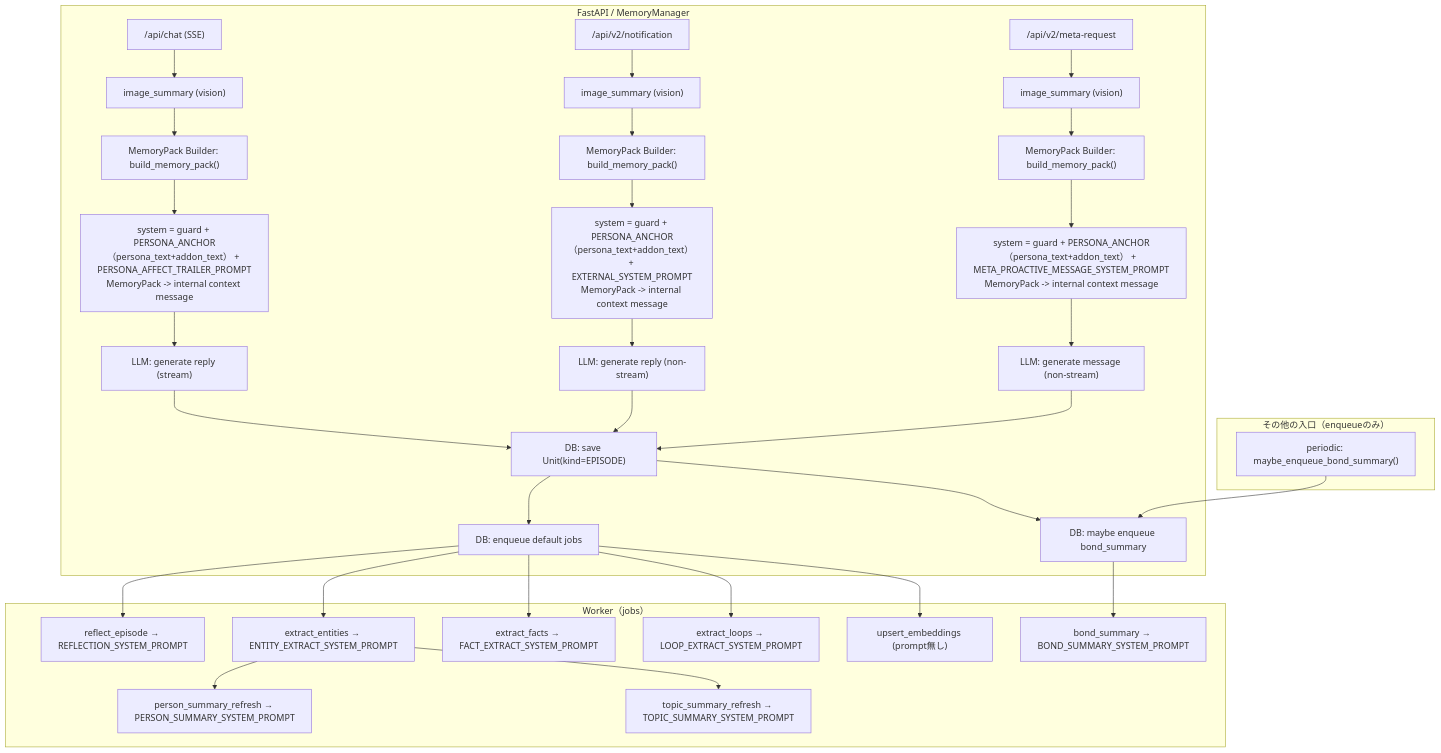
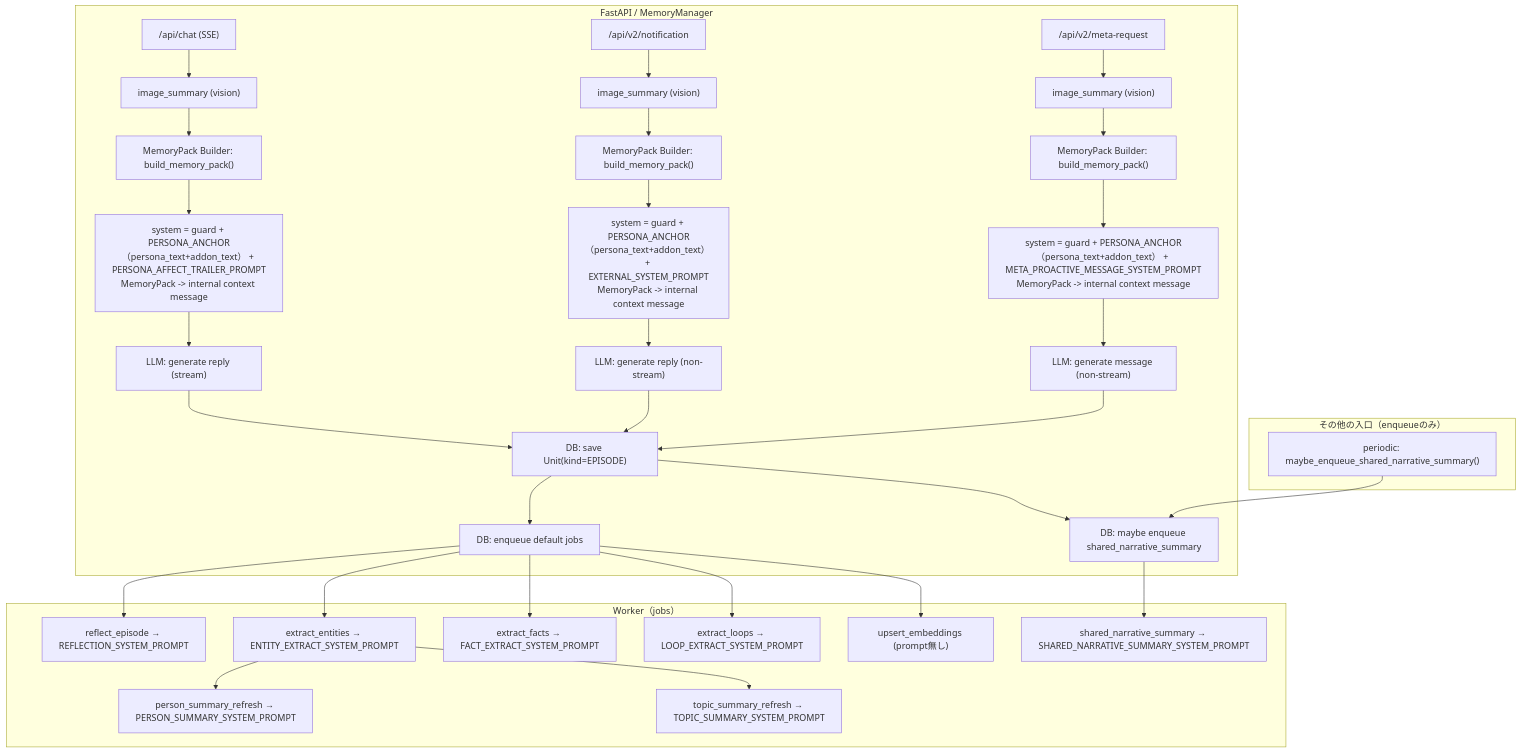
One commit to hirona98/cocoro_ghost changed the first of 4 diagrams in docs/prompt_usage_map.md. Above: the diagram before and after it, drawn with Mermaid. The commit also changed other lines of this file and 10 other files, not shown here.

````diff
--- a/docs/prompt_usage_map.md
+++ b/docs/prompt_usage_map.md
@@ -31,42 +31,42 @@
 ```mermaid
 flowchart TD
   subgraph API["FastAPI / MemoryManager"]
     CHAT["/api/chat (SSE)"] --> IMGC["image_summary (vision)"]
     NOTIF["/api/v2/notification"] --> IMGN["image_summary (vision)"]
     META["/api/v2/meta-request"] --> IMGM["image_summary (vision)"]
 
     IMGC --> PACK["MemoryPack Builder: build_memory_pack()"]
     IMGN --> PACKN["MemoryPack Builder: build_memory_pack()"]
     IMGM --> PACKM["MemoryPack Builder: build_memory_pack()"]
 
     PACK --> SYS_CHAT["system = guard + PERSONA_ANCHOR（persona_text+addon_text） + PERSONA_AFFECT_TRAILER_PROMPT\nMemoryPack -> internal context message"]
     PACKN --> SYS_NOTIF["system = guard + PERSONA_ANCHOR（persona_text+addon_text） + EXTERNAL_SYSTEM_PROMPT\nMemoryPack -> internal context message"]
     PACKM --> SYS_META["system = guard + PERSONA_ANCHOR（persona_text+addon_text） + META_PROACTIVE_MESSAGE_SYSTEM_PROMPT\nMemoryPack -> internal context message"]
 
     SYS_CHAT --> LLM_CHAT["LLM: generate reply (stream)"]
     SYS_NOTIF --> LLM_NOTIF["LLM: generate reply (non-stream)"]
     SYS_META --> LLM_META["LLM: generate message (non-stream)"]
 
     LLM_CHAT --> SAVE_EP["DB: save Unit(kind=EPISODE)"]
     LLM_NOTIF --> SAVE_EP
     LLM_META --> SAVE_EP
 
     SAVE_EP --> ENQ["DB: enqueue default jobs"]
-    SAVE_EP --> ENQW_MAYBE["DB: maybe enqueue bond_summary"]
+    SAVE_EP --> ENQW_MAYBE["DB: maybe enqueue shared_narrative_summary"]
   end
 
   subgraph WORKER["Worker（jobs）"]
     ENQ --> REFLECT["reflect_episode → REFLECTION_SYSTEM_PROMPT"]
     ENQ --> ENT["extract_entities → ENTITY_EXTRACT_SYSTEM_PROMPT"]
     ENQ --> FACT["extract_facts → FACT_EXTRACT_SYSTEM_PROMPT"]
     ENQ --> LOOP["extract_loops → LOOP_EXTRACT_SYSTEM_PROMPT"]
     ENQ --> EMB["upsert_embeddings (prompt無し)"]
     ENT --> PERS["person_summary_refresh → PERSON_SUMMARY_SYSTEM_PROMPT"]
     ENT --> TOP["topic_summary_refresh → TOPIC_SUMMARY_SYSTEM_PROMPT"]
-    ENQW_MAYBE --> WEEK["bond_summary → BOND_SUMMARY_SYSTEM_PROMPT"]
+    ENQW_MAYBE --> WEEK["shared_narrative_summary → SHARED_NARRATIVE_SUMMARY_SYSTEM_PROMPT"]
   end
 
   subgraph OTHER["その他の入口（enqueueのみ）"]
-    PERIODIC["periodic: maybe_enqueue_bond_summary()"] --> ENQW_MAYBE
+    PERIODIC["periodic: maybe_enqueue_shared_narrative_summary()"] --> ENQW_MAYBE
   end
 ```
````
